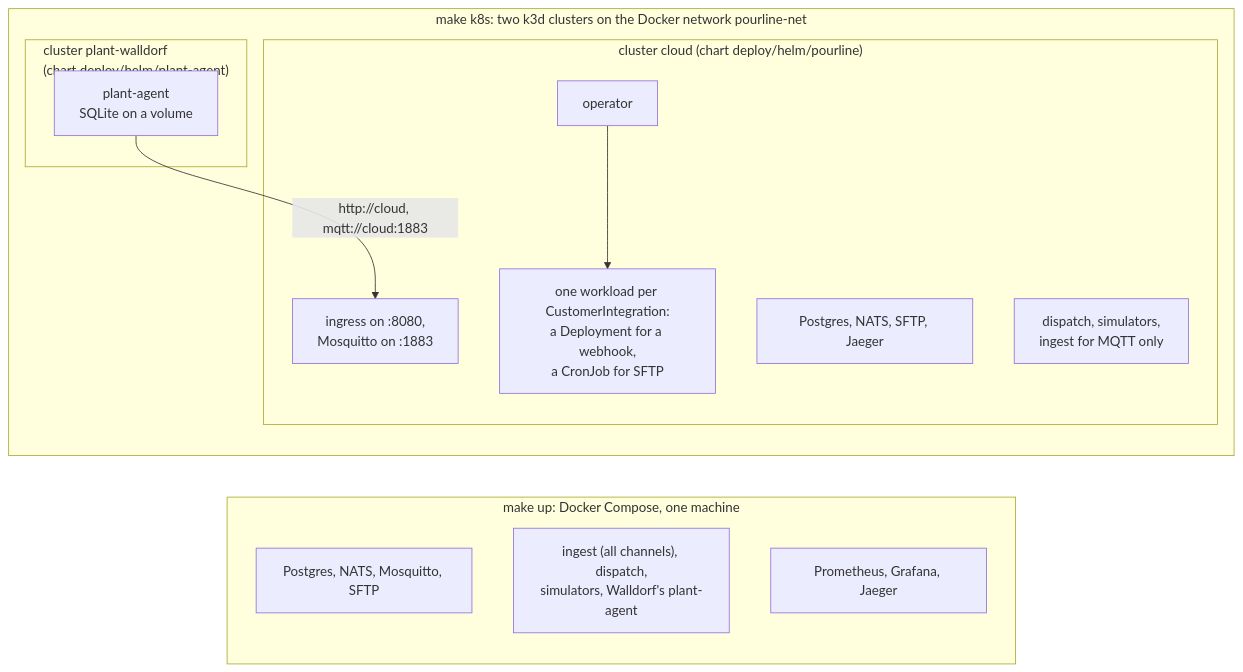
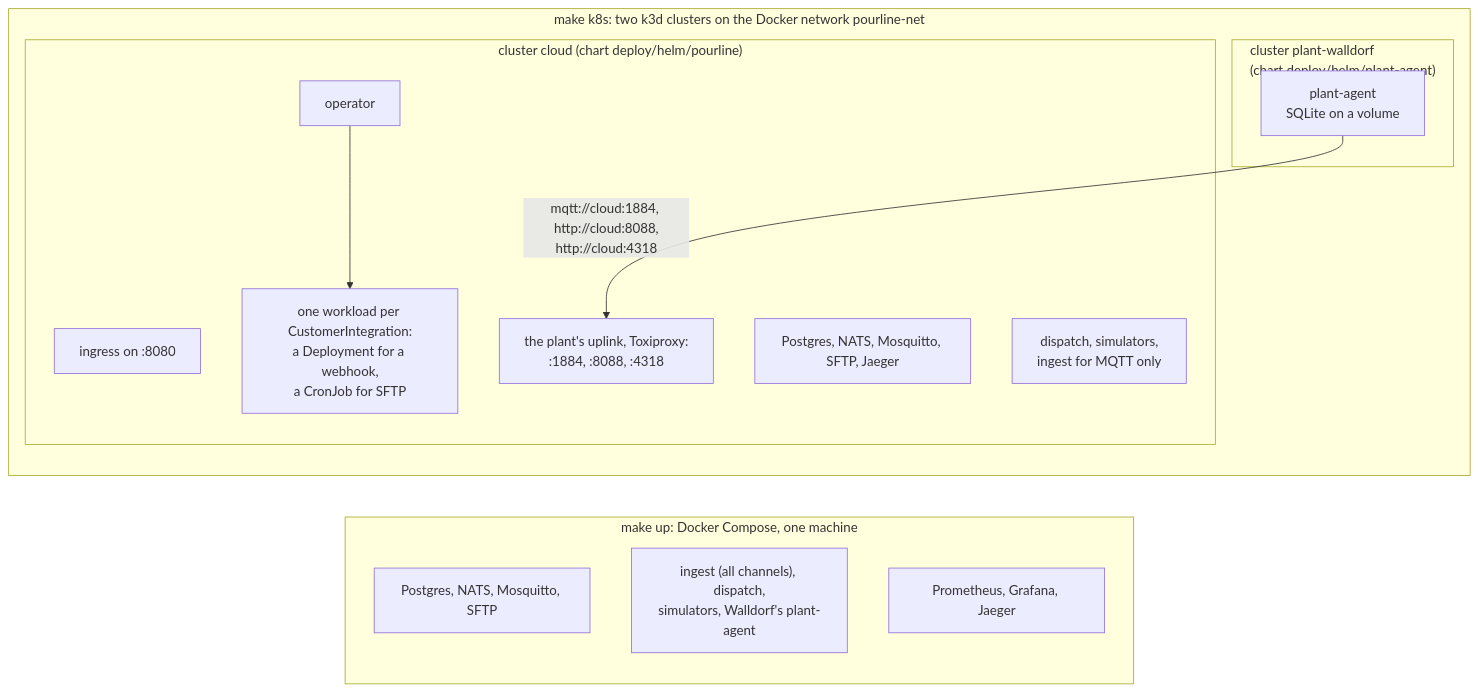
The sixth of 8 diagrams in docs/architecture.md (igorilic/rmc-dispatch-platform), drawn with Mermaid before and after one commit. The commit also changed 13 other files, not shown here.

First line of the commit message:
feat(deploy): the console and the plant's uplink in k8s (M10 steps 4 and 7)

````diff
--- a/docs/architecture.md
+++ b/docs/architecture.md
@@ -209,23 +209,24 @@
 ```mermaid
 flowchart LR
     subgraph compose["make up: Docker Compose, one machine"]
         c_infra["Postgres, NATS, Mosquitto, SFTP"]
         c_apps["ingest (all channels), dispatch,<br/>simulators, Walldorf's plant-agent"]
         c_obs["Prometheus, Grafana, Jaeger"]
     end
 
     subgraph k8s["make k8s: two k3d clusters on the Docker network pourline-net"]
         subgraph plant["cluster plant-walldorf<br/>(chart deploy/helm/plant-agent)"]
             k_agent["plant-agent<br/>SQLite on a volume"]
         end
         subgraph cloud["cluster cloud (chart deploy/helm/pourline)"]
-            k_ingress["ingress on :8080,<br/>Mosquitto on :1883"]
-            k_infra["Postgres, NATS, SFTP, Jaeger"]
+            k_ingress["ingress on :8080"]
+            k_uplink["the plant's uplink, Toxiproxy:<br/>:1884, :8088, :4318"]
+            k_infra["Postgres, NATS, Mosquitto, SFTP, Jaeger"]
             k_apps["dispatch, simulators,<br/>ingest for MQTT only"]
             k_op["operator"]
             k_ci["one workload per CustomerIntegration:<br/>a Deployment for a webhook,<br/>a CronJob for SFTP"]
             k_op --> k_ci
         end
-        k_agent -- "http://cloud, mqtt://cloud:1883" --> k_ingress
+        k_agent -- "mqtt://cloud:1884, http://cloud:8088,<br/>http://cloud:4318" --> k_uplink
     end
 ```
````
